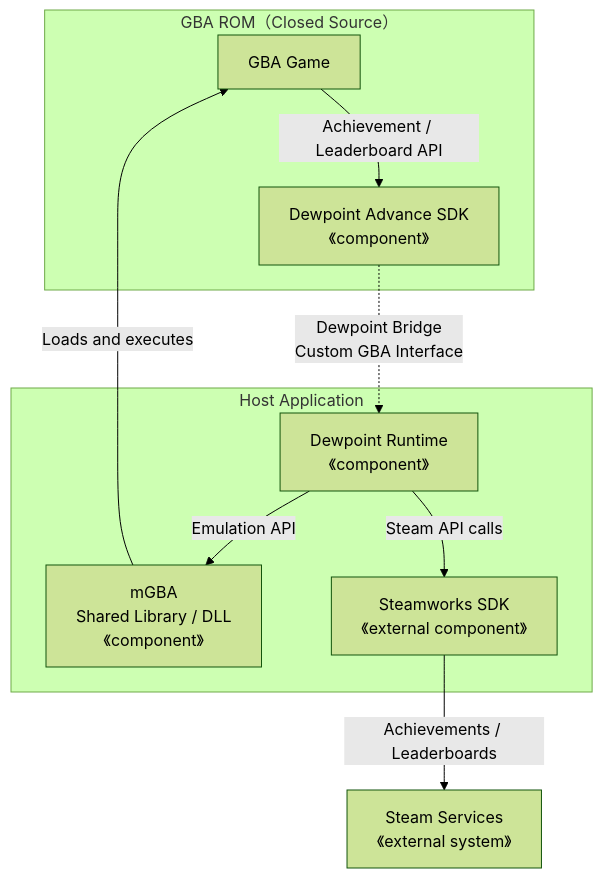
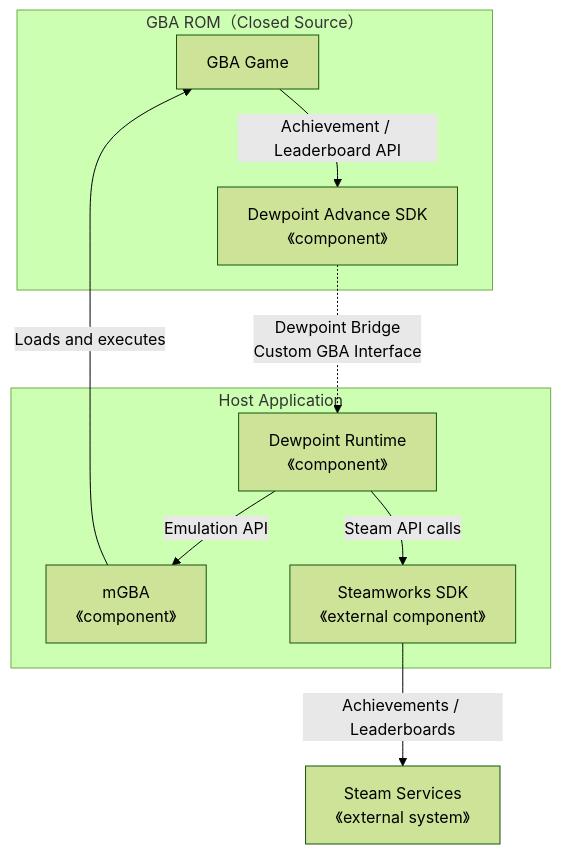
One commit to suzukiplan/dewpoint-advance changed the diagram in README.md. Above: the diagram before and after it, drawn with Mermaid (forest theme).

Commit message:
udpate document

````diff
--- a/README.md
+++ b/README.md
@@ -11,24 +11,24 @@
 ```mermaid
 flowchart
     subgraph GBA["GBA ROM（Closed Source）"]
         GAME["GBA Game"]
         SDK["Dewpoint Advance SDK<br/>《component》"]
 
         GAME -->|"Achievement / Leaderboard API"| SDK
     end
 
     subgraph HOST["Host Application"]
         RUNTIME["Dewpoint Runtime<br/>《component》"]
-        MGBA["mGBA<br/>Shared Library / DLL<br/>《component》"]
+        MGBA["mGBA<br/>《component》"]
         STEAMWORKS["Steamworks SDK<br/>《external component》"]
 
         RUNTIME -->|"Emulation API"| MGBA
         RUNTIME -->|"Steam API calls"| STEAMWORKS
     end
 
     STEAM["Steam Services<br/>《external system》"]
 
     SDK -.->|"Dewpoint Bridge<br/>Custom GBA Interface"| RUNTIME
     MGBA -->|"Loads and executes"| GAME
     STEAMWORKS -->|"Achievements / Leaderboards"| STEAM
 ```
````
